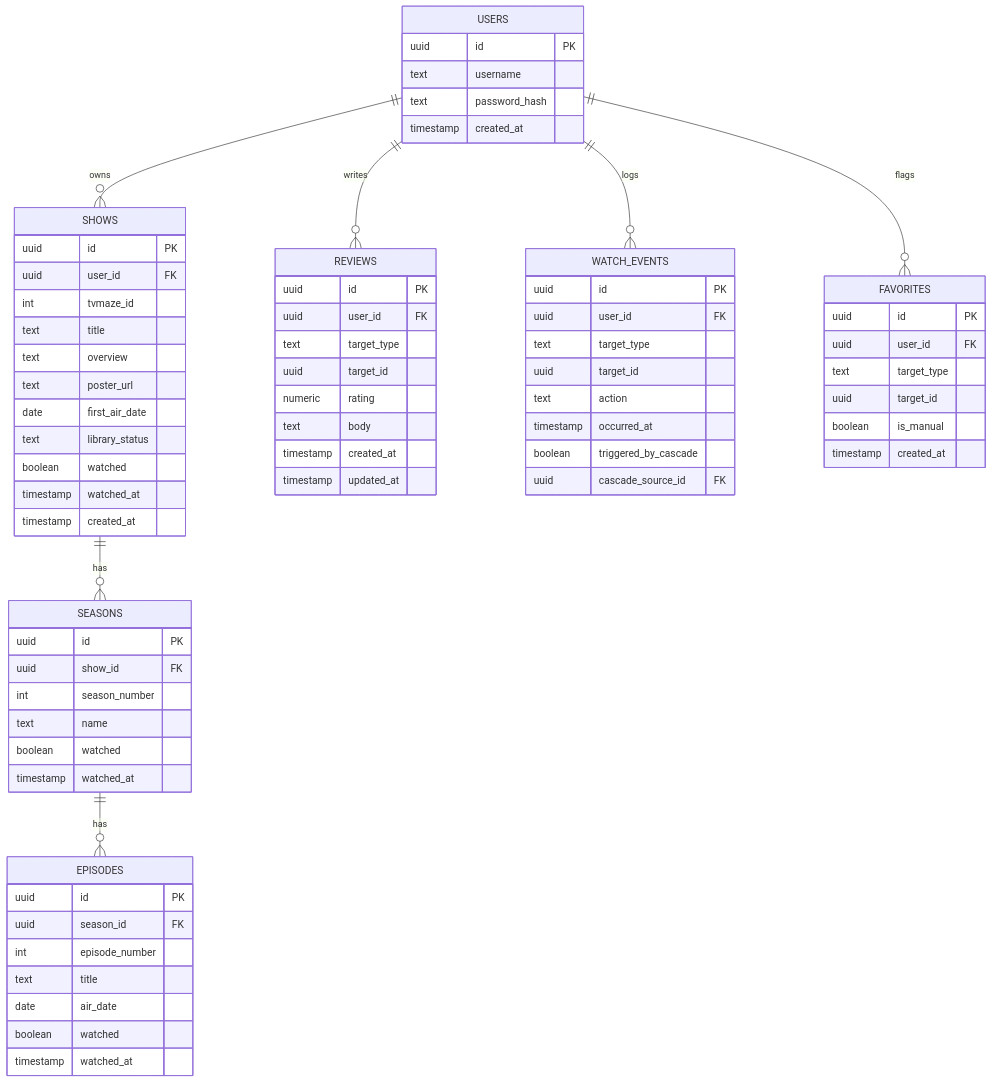
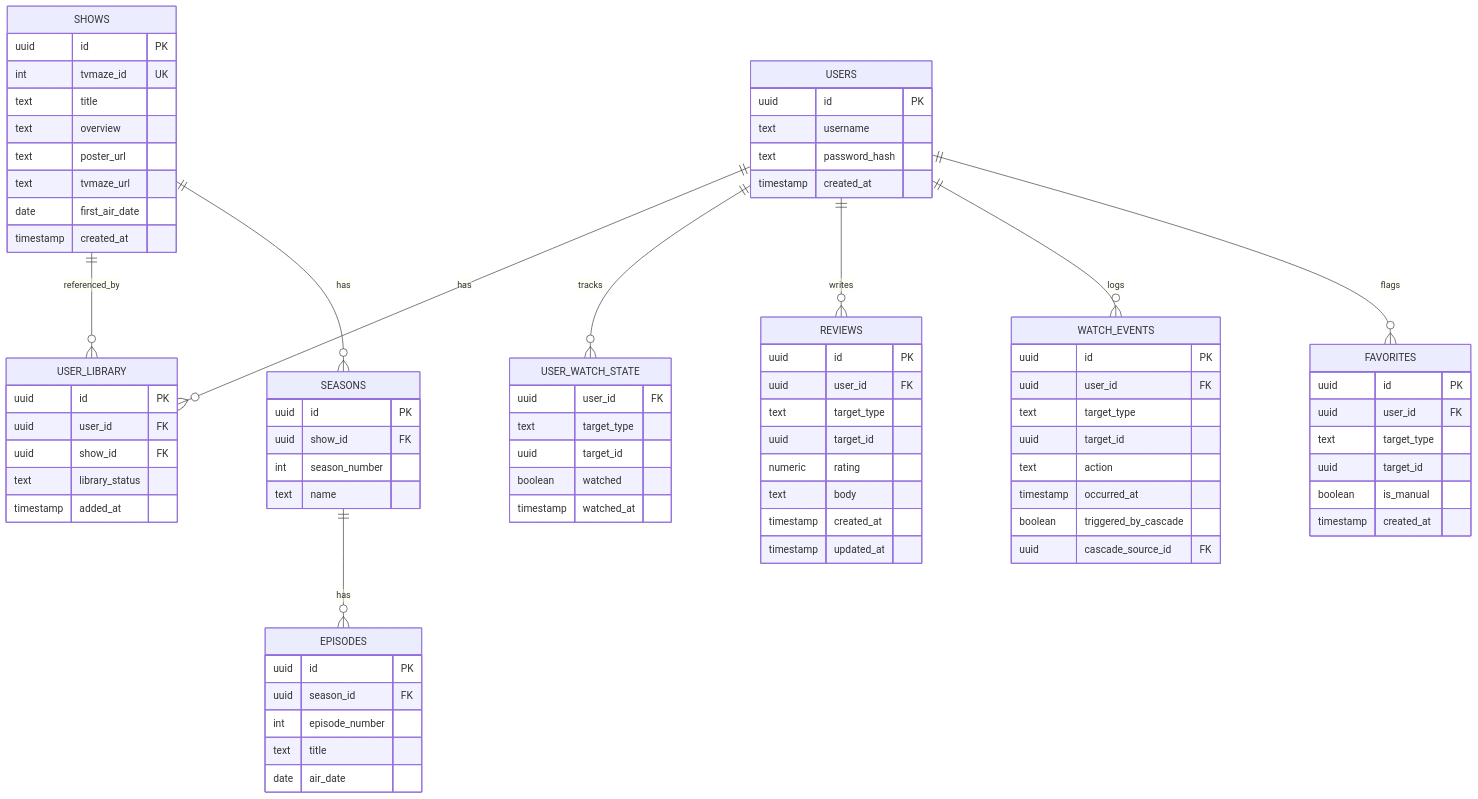
Before and after one commit to CaptainCluster/shogunate: the second of 4 diagrams in docs/ARCHITECTURE.md, drawn with Mermaid. The commit also changed other lines of this file and 55 other files, not shown here.

First line of the commit message:
feat(show): implement shared TV show catalog and library

````diff
--- a/docs/ARCHITECTURE.md
+++ b/docs/ARCHITECTURE.md
@@ -118,8 +119,10 @@
 ```mermaid
 erDiagram
-    USERS ||--o{ SHOWS : owns
+    USERS ||--o{ USER_LIBRARY : has
+    SHOWS ||--o{ USER_LIBRARY : referenced_by
     SHOWS ||--o{ SEASONS : has
     SEASONS ||--o{ EPISODES : has
+    USERS ||--o{ USER_WATCH_STATE : tracks
     USERS ||--o{ REVIEWS : writes
     USERS ||--o{ WATCH_EVENTS : logs
     USERS ||--o{ FAVORITES : flags
@@ -132,15 +135,12 @@
     }
     SHOWS {
         uuid id PK
-        uuid user_id FK
-        int tvmaze_id
+        int tvmaze_id UK
         text title
         text overview
         text poster_url
+        text tvmaze_url
         date first_air_date
-        text library_status
-        boolean watched
-        timestamp watched_at
         timestamp created_at
     }
     SEASONS {
@@ -148,8 +148,6 @@
         uuid show_id FK
         int season_number
         text name
-        boolean watched
-        timestamp watched_at
     }
     EPISODES {
         uuid id PK
@@ -157,6 +155,18 @@
         int episode_number
         text title
         date air_date
+    }
+    USER_LIBRARY {
+        uuid id PK
+        uuid user_id FK
+        uuid show_id FK
+        text library_status
+        timestamp added_at
+    }
+    USER_WATCH_STATE {
+        uuid user_id FK
+        text target_type
+        uuid target_id
         boolean watched
         timestamp watched_at
     }
````
